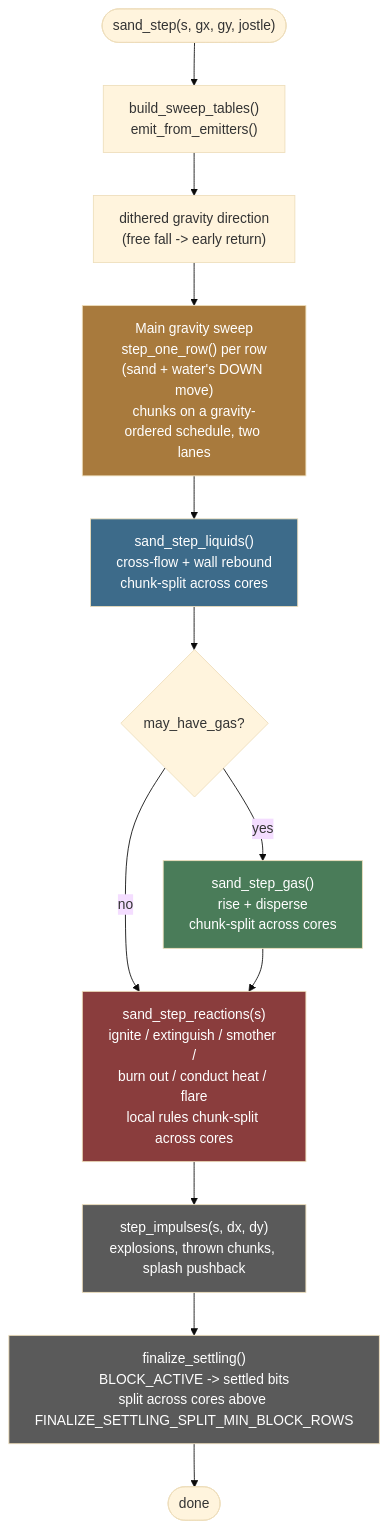
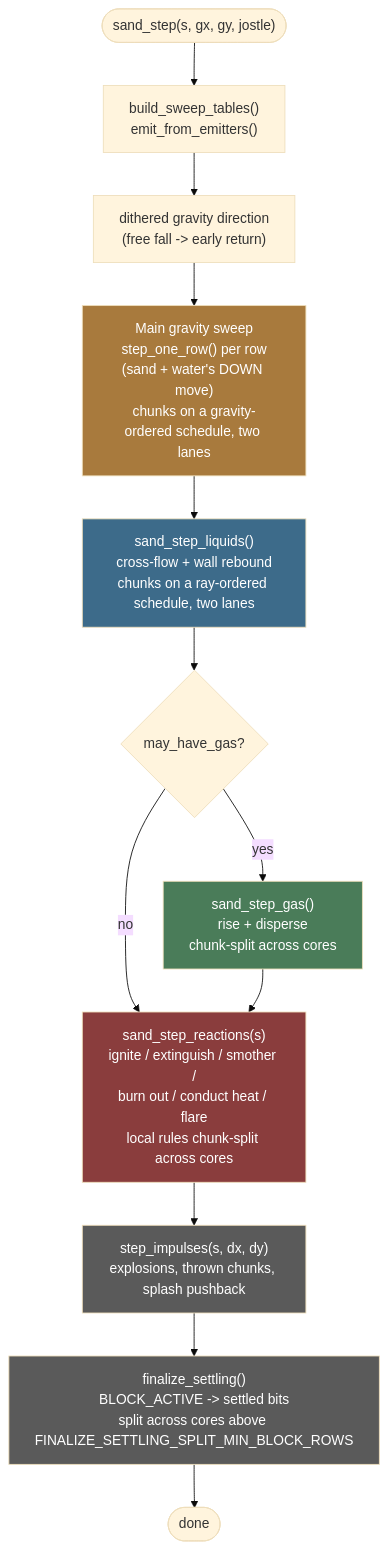
Before and after one commit to jose-villegas/autana: the first of 2 diagrams in docs/sand/Architecture.md, drawn with Mermaid (base theme). The commit also changed other lines of this file and 8 other files, not shown here.

````diff
--- a/docs/sand/Architecture.md
+++ b/docs/sand/Architecture.md
@@ -171,31 +171,31 @@
 ```mermaid
 flowchart TD
     Start(["sand_step(s, gx, gy, jostle)"]) --> Mom["build_sweep_tables()\nemit_from_emitters()"]
     Mom --> Dith["dithered gravity direction\n(free fall -> early return)"]
     Dith --> Sweep["Main gravity sweep
 step_one_row() per row
 (sand + water's DOWN move)
 chunks on a gravity-ordered schedule, two lanes"]
     Sweep --> Liq["sand_step_liquids()
 cross-flow + wall rebound
-chunk-split across cores"]
+chunks on a ray-ordered schedule, two lanes"]
     Liq --> GasCheck{"may_have_gas?"}
     GasCheck -- yes --> Gas["sand_step_gas()
 rise + disperse
 chunk-split across cores"]
     GasCheck -- no --> React
     Gas --> React["sand_step_reactions(s)
 ignite / extinguish / smother /
 burn out / conduct heat / flare
 local rules chunk-split across cores"]
     React --> Imp["step_impulses(s, dx, dy)\nexplosions, thrown chunks, splash pushback"]
     Imp --> Fin["finalize_settling()\nBLOCK_ACTIVE -> settled bits\nsplit across cores above FINALIZE_SETTLING_SPLIT_MIN_BLOCK_ROWS"]
     Fin --> End(["done"])
 
     style Sweep fill:#a87a3d,color:#fff
     style Liq fill:#3d6b8a,color:#fff
     style Gas fill:#4a7c59,color:#fff
     style React fill:#8a3d3d,color:#fff
     style Imp fill:#5a5a5a,color:#fff
     style Fin fill:#5a5a5a,color:#fff
 ```
````
